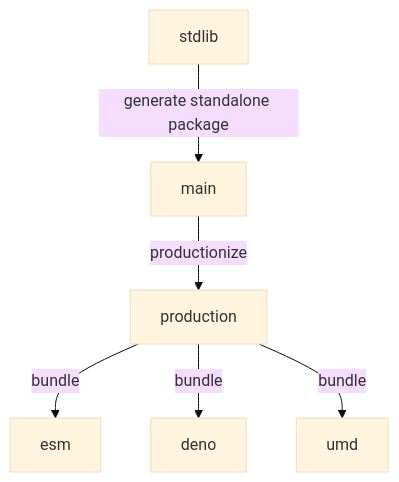
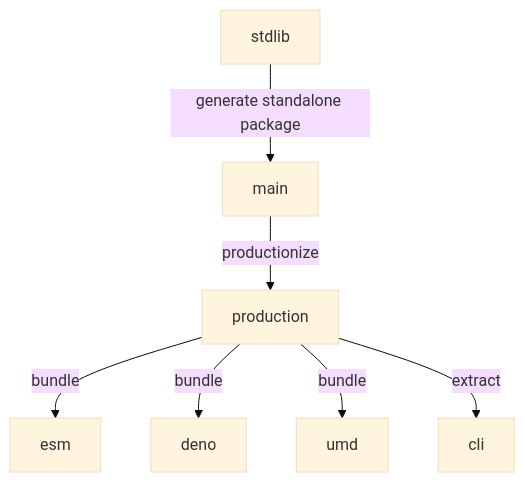
One commit to stdlib-js/random-streams-poisson changed the diagram in branches.md. Above: the diagram before and after it, drawn with Mermaid (base theme). The commit also changed other lines of this file and 11 other files, not shown here.

````diff
--- a/branches.md
+++ b/branches.md
@@ -33,15 +34,17 @@
 ```mermaid
 graph TD;
 A[stdlib]-->|generate standalone package|B;
 B[main] -->|productionize| C[production];
 C -->|bundle| D[esm];
 C -->|bundle| E[deno];
 C -->|bundle| F[umd];
+C -->|extract| G[cli];
 
-click A href "https://github.com/stdlib-js/stdlib/tree/develop/lib/node_modules/%40stdlib/random/streams/poisson"
-click B href "https://github.com/stdlib-js/random-streams-poisson/tree/main"
-click C href "https://github.com/stdlib-js/random-streams-poisson/tree/production"
-click D href "https://github.com/stdlib-js/random-streams-poisson/tree/esm"
-click E href "https://github.com/stdlib-js/random-streams-poisson/tree/deno"
-click F href "https://github.com/stdlib-js/random-streams-poisson/tree/umd"
+%% click A href "https://github.com/stdlib-js/stdlib/tree/develop/lib/node_modules/%40stdlib/random/streams/poisson"
+%% click B href "https://github.com/stdlib-js/random-streams-poisson/tree/main"
+%% click C href "https://github.com/stdlib-js/random-streams-poisson/tree/production"
+%% click D href "https://github.com/stdlib-js/random-streams-poisson/tree/esm"
+%% click E href "https://github.com/stdlib-js/random-streams-poisson/tree/deno"
+%% click F href "https://github.com/stdlib-js/random-streams-poisson/tree/umd"
+%% click G href "https://github.com/stdlib-js/random-streams-poisson/tree/cli"
 ```
````
